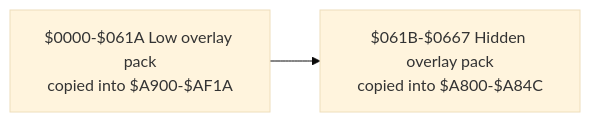
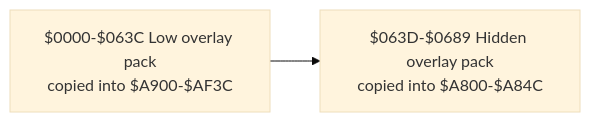
One commit to 123Onetwothree123/6502 changed the third of 8 diagrams in src/apps/readybasic/READYBASIC_LIFECYCLE_AND_REU_ARCHITECTURE.md. Above: the diagram before and after it, drawn with Mermaid (base theme). The commit also changed other lines of this file and 9 other files, not shown here.

Commit message:
Update ReadyBASIC memory and flow docs

````diff
--- a/src/apps/readybasic/READYBASIC_LIFECYCLE_AND_REU_ARCHITECTURE.md
+++ b/src/apps/readybasic/READYBASIC_LIFECYCLE_AND_REU_ARCHITECTURE.md
@@ -259,6 +262,6 @@
 ```mermaid
 flowchart LR
-  LP["$0000-$061A Low overlay pack<br/>copied into $A900-$AF1A"]
-  HP["$061B-$0667 Hidden overlay pack<br/>copied into $A800-$A84C"]
+  LP["$0000-$063C Low overlay pack<br/>copied into $A900-$AF3C"]
+  HP["$063D-$0689 Hidden overlay pack<br/>copied into $A800-$A84C"]
   LP --> HP
 ```
````
